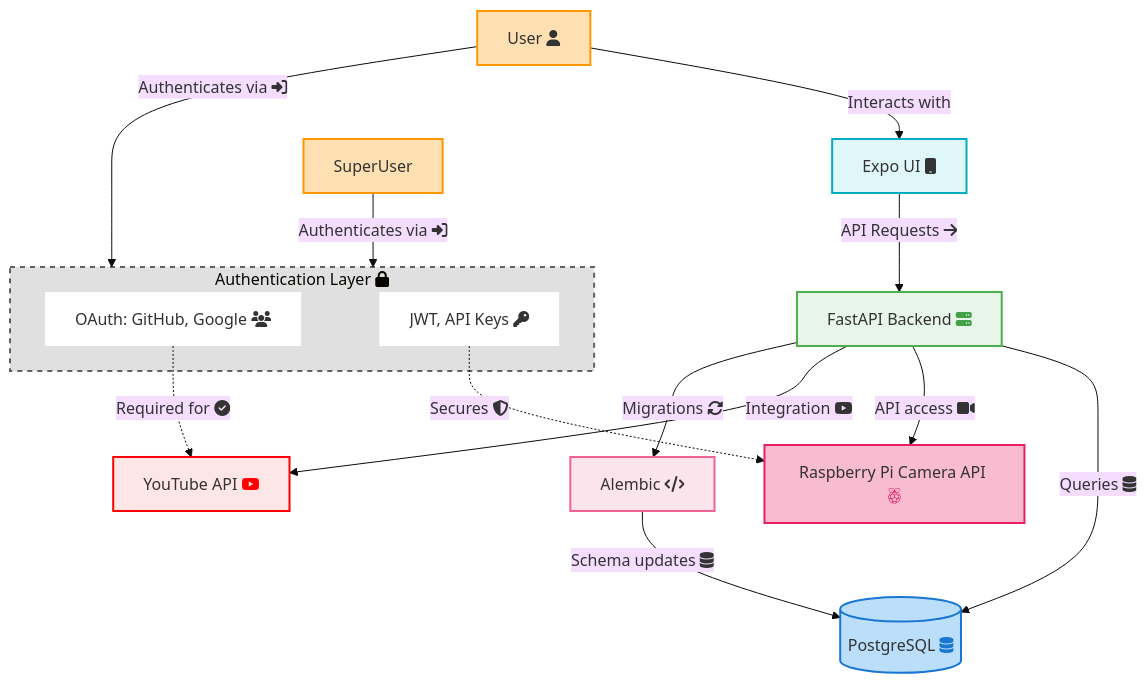
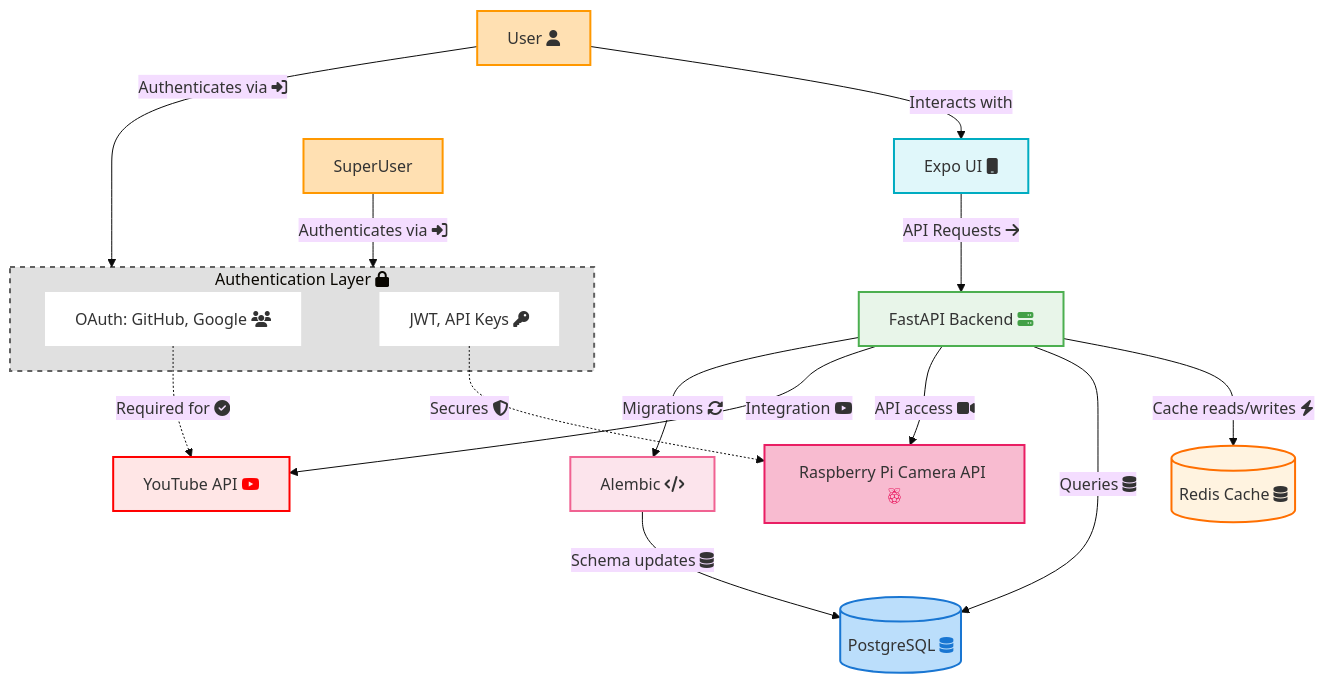
The diagram in docs/docs/architecture/system-design.md (CMLPlatform/relab), drawn with Mermaid (base theme) before and after one commit. The commit also changed other lines of this file and 13 other files, not shown here.

````diff
--- a/docs/docs/architecture/system-design.md
+++ b/docs/docs/architecture/system-design.md
@@ -7,42 +7,44 @@
 ```mermaid
 graph TD
     User["User fa:fa-user"] -->|Interacts with| Frontend[Expo UI fa:fa-mobile]
 
     %% Core backend and DB
     Frontend -->|API Requests fa:fa-arrow-right| Backend[FastAPI Backend <i class="fa fa-server" style="color:#43a047;"></i>]
+    Backend -->|Cache reads/writes fa:fa-bolt| Redis[(Redis Cache fa:fa-database)]
     Backend -->|Queries fa:fa-database| PostgreSQL[(PostgreSQL <i class="fa fa-database" style="color:#1976d2;"></i>)]
 
     %% Authentication
     subgraph AuthenticationLayer ["Authentication Layer fa:fa-lock"]
         OAuthProviders[OAuth: GitHub, Google fa:fa-users]
         AuthSystem[JWT, API Keys fa:fa-key]
     end
 
     User -->|Authenticates via fa:fa-sign-in-alt| AuthenticationLayer
     SuperUser -->|Authenticates via fa:fa-sign-in-alt| AuthenticationLayer
 
     %% External systems
     Backend -->|API access fa:fa-video| RaspberryPi[Raspberry Pi Camera API <i class="fab fa-raspberry-pi" style="color:#e91e63;"></i>]
     Backend -->|Integration <i class="fa-brands fa-youtube"></i>| YouTube[YouTube API <i class="fab fa-youtube" style="color:#ff0000;"></i>]
     AuthSystem -.->|Secures fa:fa-shield-alt| RaspberryPi
     OAuthProviders -.->|Required for fa:fa-check-circle| YouTube
 
     %% Database migrations
     Backend -->|Migrations fa:fa-sync-alt| Alembic[Alembic fa:fa-code]
     Alembic -->|Schema updates fa:fa-database| PostgreSQL
 
     style Frontend fill:#e0f7fa,stroke:#00acc1,stroke-width:2px
     style Backend fill:#e8f5e9,stroke:#4caf50,stroke-width:2px
+    style Redis fill:#fff3e0,stroke:#ff6f00,stroke-width:2px;
     style PostgreSQL fill:#bbdefb,stroke:#1976d2,stroke-width:2px;
     style RaspberryPi fill:#f8bbd0,stroke:#e91e63,stroke-width:2px;
     style YouTube fill:#ffe6e6,stroke:#ff0000,stroke-width:2px;
     style Alembic fill:#fce4ec,stroke:#f06292,stroke-width:2px
     style AuthenticationLayer fill:#e0e0e0,stroke:#616161,stroke-width:2px,stroke-dasharray: 5 5;
 
 
     classDef UserFill fill:#ffe0b2,stroke:#ff9800,stroke-width:2px;
     class User,SuperUser UserFill;
     classDef AuthFill fill:#fff,stroke:#0000,stroke-width:2px;
     class OAuthProviders,AuthSystem AuthFill;
 
 ```
````
